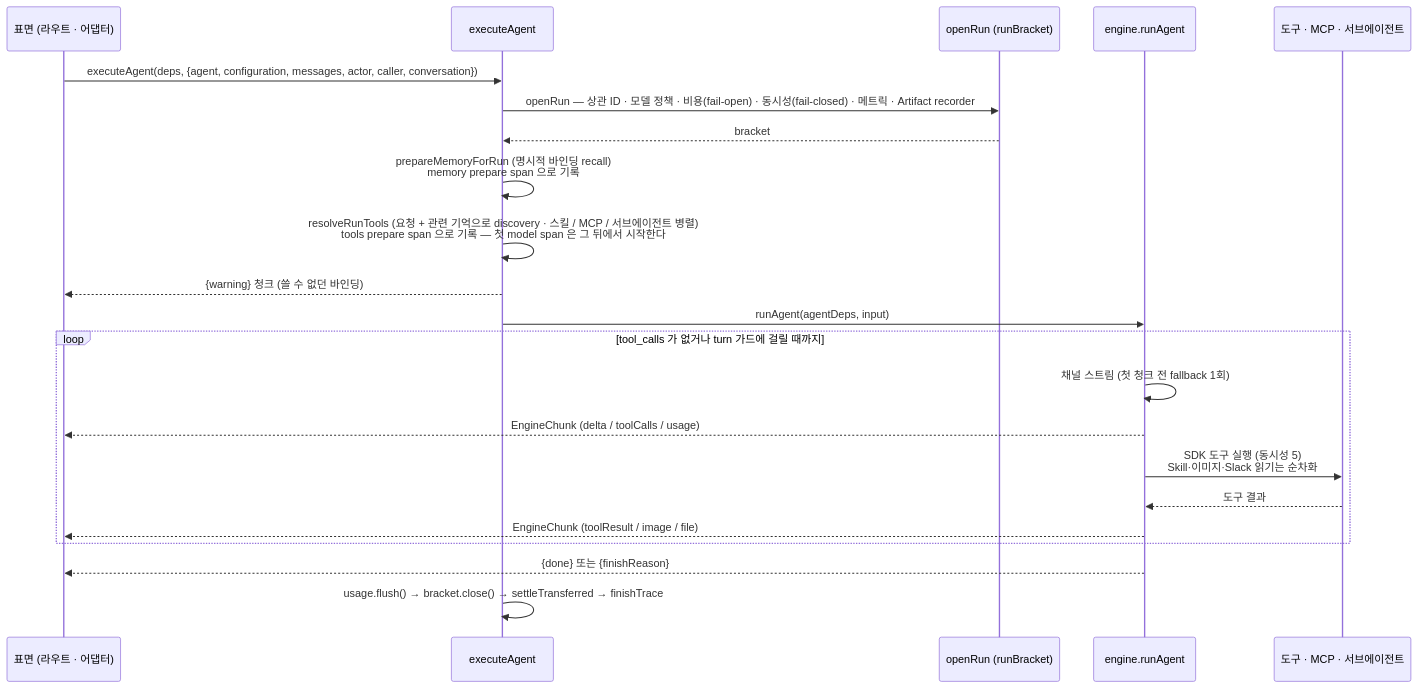
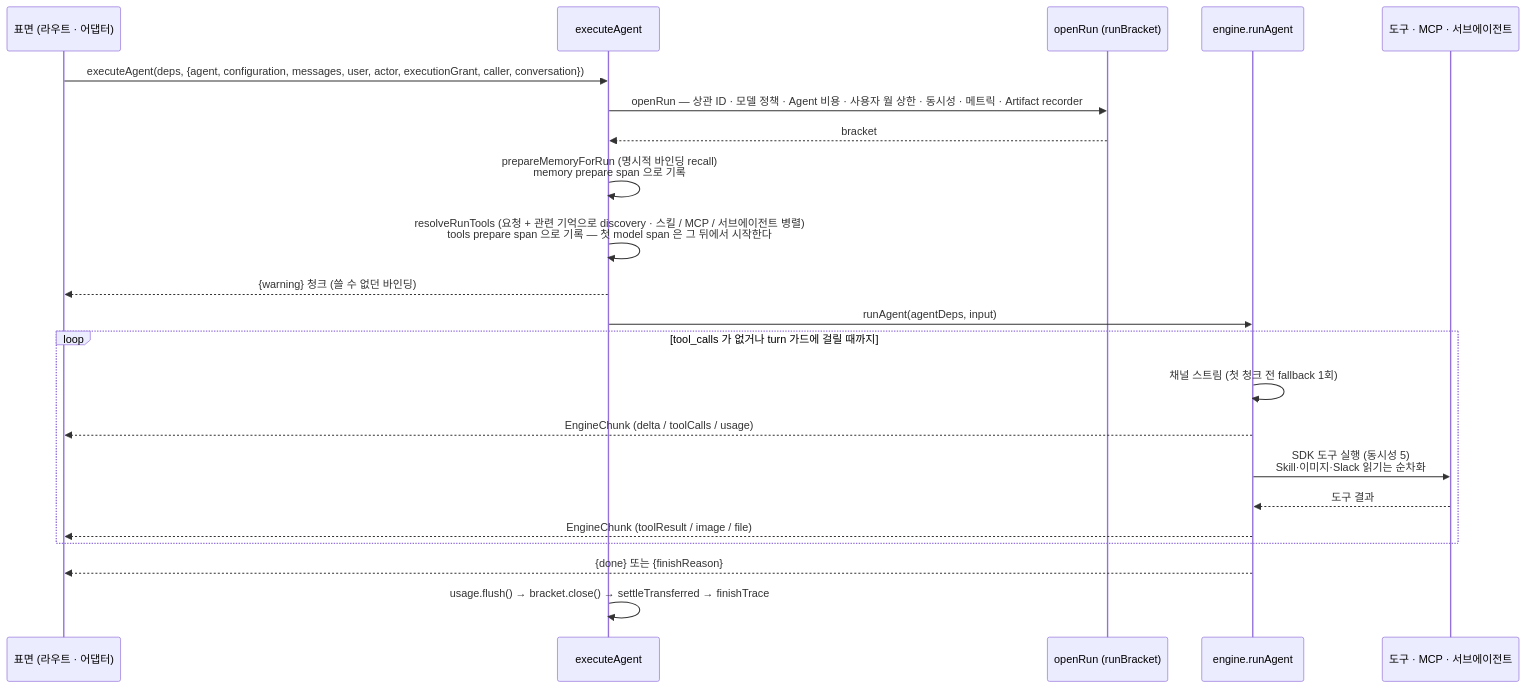
One commit to opspresso/agent-studio changed the third of 9 diagrams in docs/DIAGRAMS.md. Above: the diagram before and after it, drawn with Mermaid. The commit also changed other lines of this file and 4 other files, not shown here.

````diff
--- a/docs/DIAGRAMS.md
+++ b/docs/DIAGRAMS.md
@@ -110,24 +110,24 @@
 ```mermaid
 sequenceDiagram
   participant S as 표면 (라우트 · 어댑터)
   participant F as executeAgent
   participant B as openRun (runBracket)
   participant E as engine.runAgent
   participant T as 도구 · MCP · 서브에이전트
-  S->>F: executeAgent(deps, {agent, configuration, messages, actor, caller, conversation})
-  F->>B: openRun — 상관 ID · 모델 정책 · 비용(fail-open) · 동시성(fail-closed) · 메트릭 · Artifact recorder
+  S->>F: executeAgent(deps, {agent, configuration, messages, user, actor, executionGrant, caller, conversation})
+  F->>B: openRun — 상관 ID · 모델 정책 · Agent 비용 · 사용자 월 상한 · 동시성 · 메트릭 · Artifact recorder
   B-->>F: bracket
   F->>F: prepareMemoryForRun (명시적 바인딩 recall)<br/>memory prepare span 으로 기록
   F->>F: resolveRunTools (요청 + 관련 기억으로 discovery · 스킬 / MCP / 서브에이전트 병렬)<br/>tools prepare span 으로 기록 — 첫 model span 은 그 뒤에서 시작한다
   F-->>S: {warning} 청크 (쓸 수 없던 바인딩)
   F->>E: runAgent(agentDeps, input)
   loop tool_calls 가 없거나 turn 가드에 걸릴 때까지
     E->>E: 채널 스트림 (첫 청크 전 fallback 1회)
     E-->>S: EngineChunk (delta / toolCalls / usage)
     E->>T: SDK 도구 실행 (동시성 5)<br/>Skill·이미지·Slack 읽기는 순차화
     T-->>E: 도구 결과
     E-->>S: EngineChunk (toolResult / image / file)
   end
   E-->>S: {done} 또는 {finishReason}
   F->>F: usage.flush() → bracket.close() → settleTransferred → finishTrace
 ```
````
